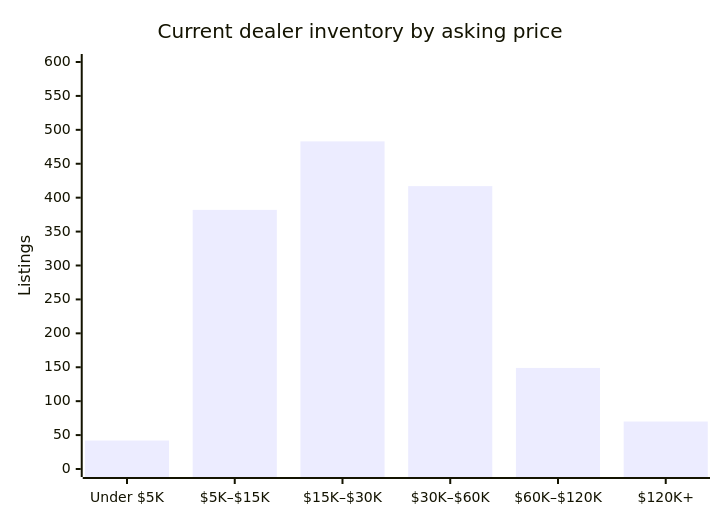
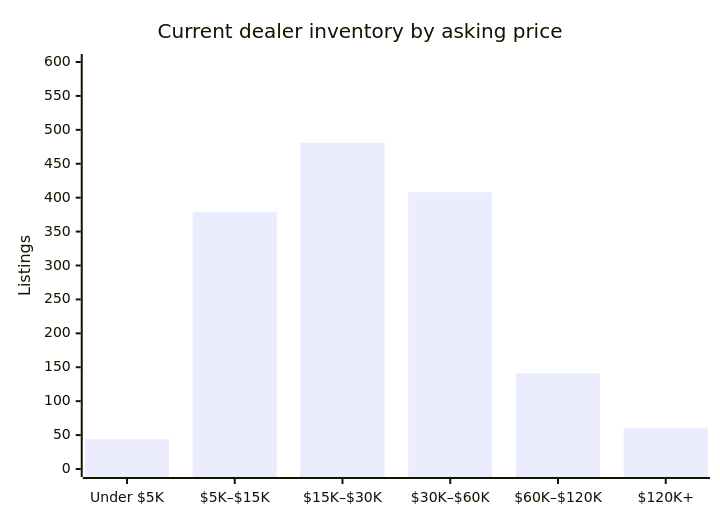
One commit to David-Webb-New-York/david-webb-market-agent changed the diagram in output/reports/latest.md. Above: the diagram before and after it, drawn with Mermaid. The commit also changed other lines of this file and 4 other files, not shown here.

````diff
--- a/output/reports/latest.md
+++ b/output/reports/latest.md
@@ -15,7 +15,7 @@
 ```mermaid
 xychart-beta
     title "Current dealer inventory by asking price"
     x-axis ["Under $5K", "$5K–$15K", "$15K–$30K", "$30K–$60K", "$60K–$120K", "$120K+"]
     y-axis "Listings" 0 --> 600
-    bar [42, 382, 483, 417, 149, 70]
+    bar [44, 379, 481, 408, 141, 61]
 ```
````
